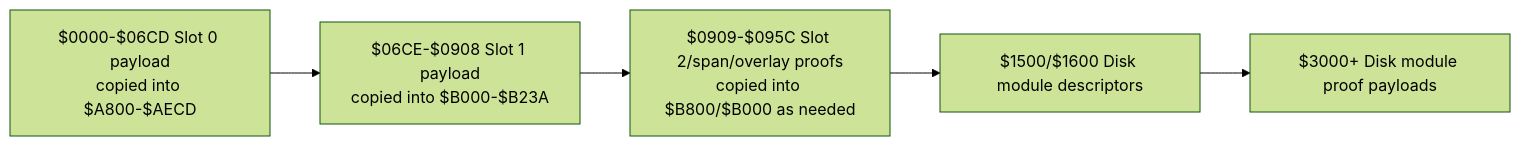
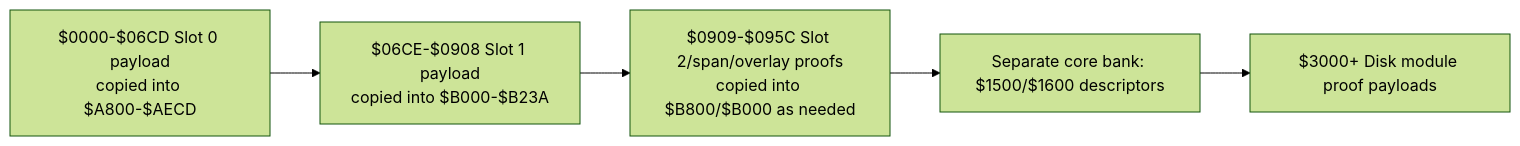
The third of 8 diagrams in src/apps/readybasic/READYBASIC_LIFECYCLE_AND_REU_ARCHITECTURE.md (ReadyOS-C64/ReadyOs), drawn with Mermaid (forest theme) before and after one commit. The commit also changed other lines of this file and 40 other files, not shown here.

````diff
--- a/src/apps/readybasic/READYBASIC_LIFECYCLE_AND_REU_ARCHITECTURE.md
+++ b/src/apps/readybasic/READYBASIC_LIFECYCLE_AND_REU_ARCHITECTURE.md
@@ -313,9 +345,9 @@
 ```mermaid
 flowchart LR
   S0["$0000-$06CD Slot 0 payload<br/>copied into $A800-$AECD"]
   S1["$06CE-$0908 Slot 1 payload<br/>copied into $B000-$B23A"]
   S2["$0909-$095C Slot 2/span/overlay proofs<br/>copied into $B800/$B000 as needed"]
-  D1["$1500/$1600 Disk module descriptors"]
+  D1["Separate core bank: $1500/$1600 descriptors"]
   DP["$3000+ Disk module proof payloads"]
   S0 --> S1 --> S2 --> D1 --> DP
 ```
````
